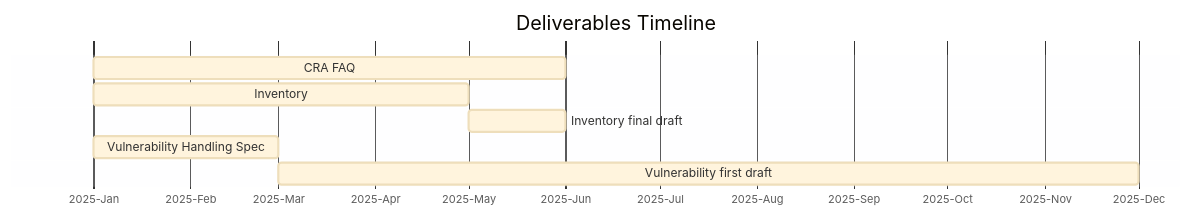
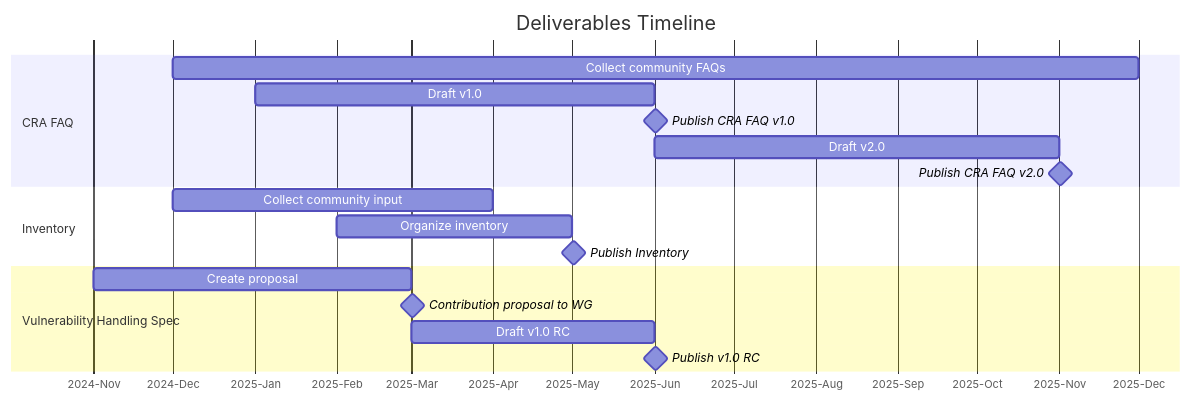
One commit to orcwg/orcwg changed the second of 2 diagrams in cyber-resilience-sig/README.md. Above: the diagram before and after it, drawn with Mermaid.

Commit message:
Improve gantt diagram

````diff
--- a/cyber-resilience-sig/README.md
+++ b/cyber-resilience-sig/README.md
@@ -56,13 +56,25 @@
 ```mermaid
-%%{init: {'theme':'base'}}%%
 gantt
     title Deliverables Timeline
     dateFormat  MMMM YYYY
     axisFormat %Y-%b
     tickInterval 1month
-    CRA FAQ: January 2025, June 2025
-    Inventory: inventory, January 2025, May 2025
-    Inventory final draft: after inventory, June 2025
-    Vulnerability Handling Spec: vuln, January 2025, March 2025
-    Vulnerability first draft: after vuln, December 2025
+
+    section CRA FAQ
+    Collect community FAQs: December 2024, December 2025
+    Draft v1.0: January 2025, June 2025
+    Publish CRA FAQ v1.0: milestone, June 2025, 1d
+    Draft v2.0: June 2025, November 2025
+    Publish CRA FAQ v2.0: milestone, November 2025, 1d
+
+    section Inventory
+    Collect community input: December 2024, April 2025
+    Organize inventory: February 2025, May 2025
+    Publish Inventory: milestone, May 2025, 1d
+
+    section Vulnerability Handling Spec
+    Create proposal: November 2024, March 2025
+    Contribution proposal to WG: milestone, March 2025, 1d
+    Draft v1.0 RC: March 2025, June 2025
+    Publish v1.0 RC: milestone, June 2025, 1d
 ```
````
